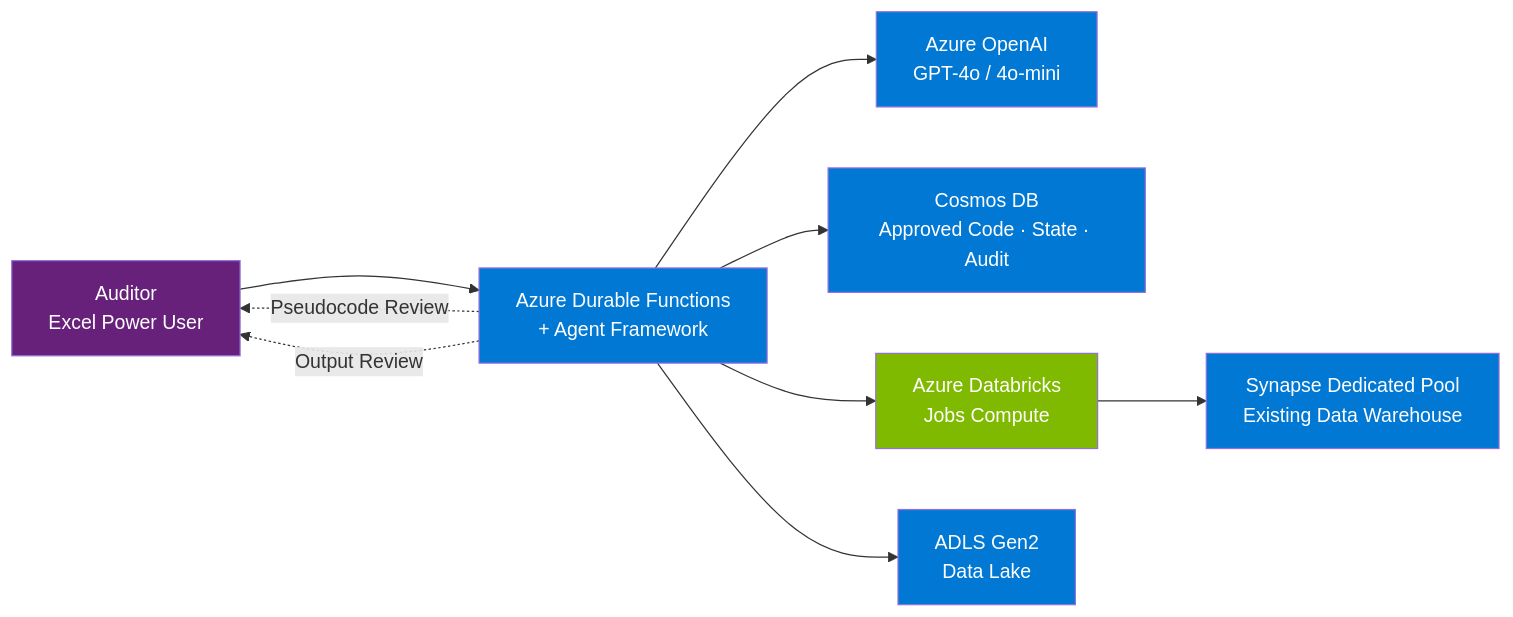
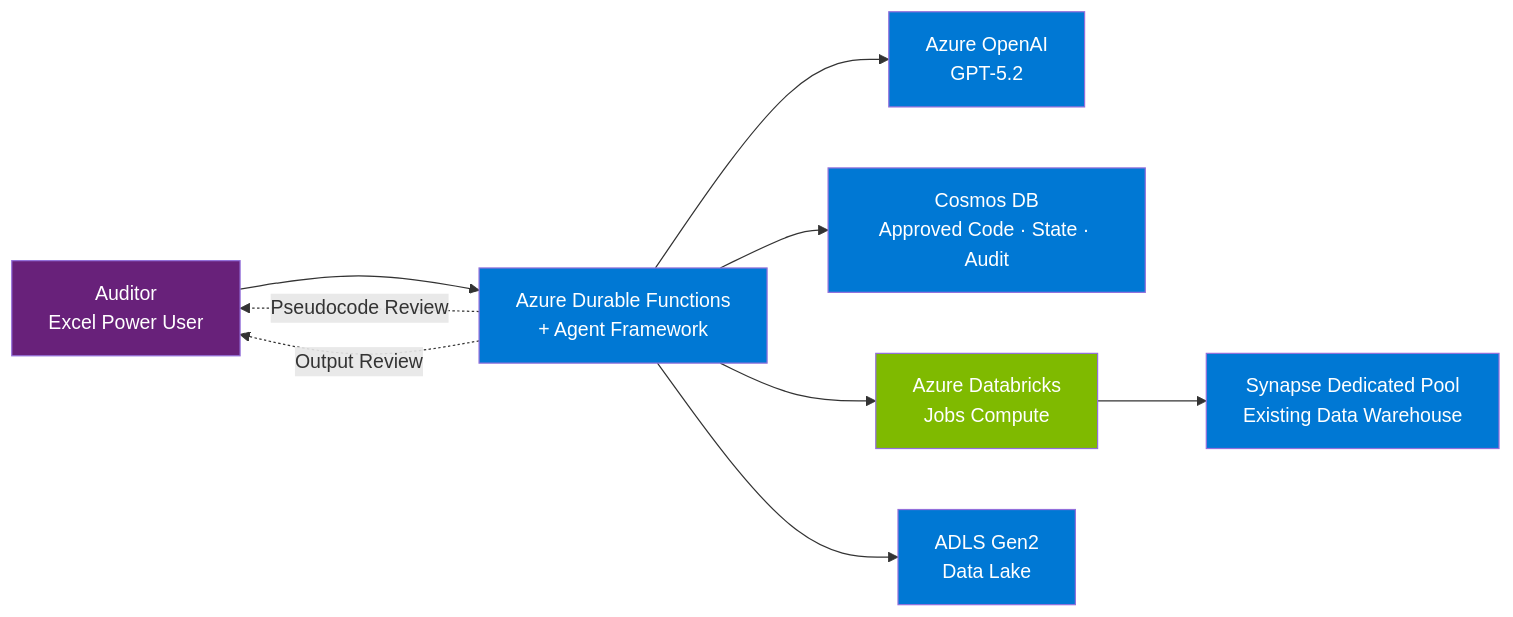
One commit to DanGiannone1/data-engineering-agent changed the first of 5 diagrams in docs/design.md. Above: the diagram before and after it, drawn with Mermaid. The commit also changed other lines of this file and 1 other file, not shown here.

First line of the commit message:
Update LLM to GPT-5.2, recalculate all cost scenarios, remove Synapse serverless

````diff
--- a/docs/design.md
+++ b/docs/design.md
@@ -90,19 +90,19 @@
 ```mermaid
 graph LR
     A[Auditor<br/>Excel Power User] --> B[Azure Durable Functions<br/>+ Agent Framework]
-    B --> C[Azure OpenAI<br/>GPT-4o / 4o-mini]
+    B --> C[Azure OpenAI<br/>GPT-5.2]
     B --> D[Cosmos DB<br/>Approved Code · State · Audit]
     B --> E[Azure Databricks<br/>Jobs Compute]
     B --> F[ADLS Gen2<br/>Data Lake]
     E --> G[Synapse Dedicated Pool<br/>Existing Data Warehouse]
     B -.->|Pseudocode Review| A
     B -.->|Output Review| A
 
     style A fill:#68217a,color:#fff
     style B fill:#0078d4,color:#fff
     style C fill:#0078d4,color:#fff
     style D fill:#0078d4,color:#fff
     style E fill:#7fba00,color:#fff
     style F fill:#0078d4,color:#fff
     style G fill:#0078d4,color:#fff
 ```
````
